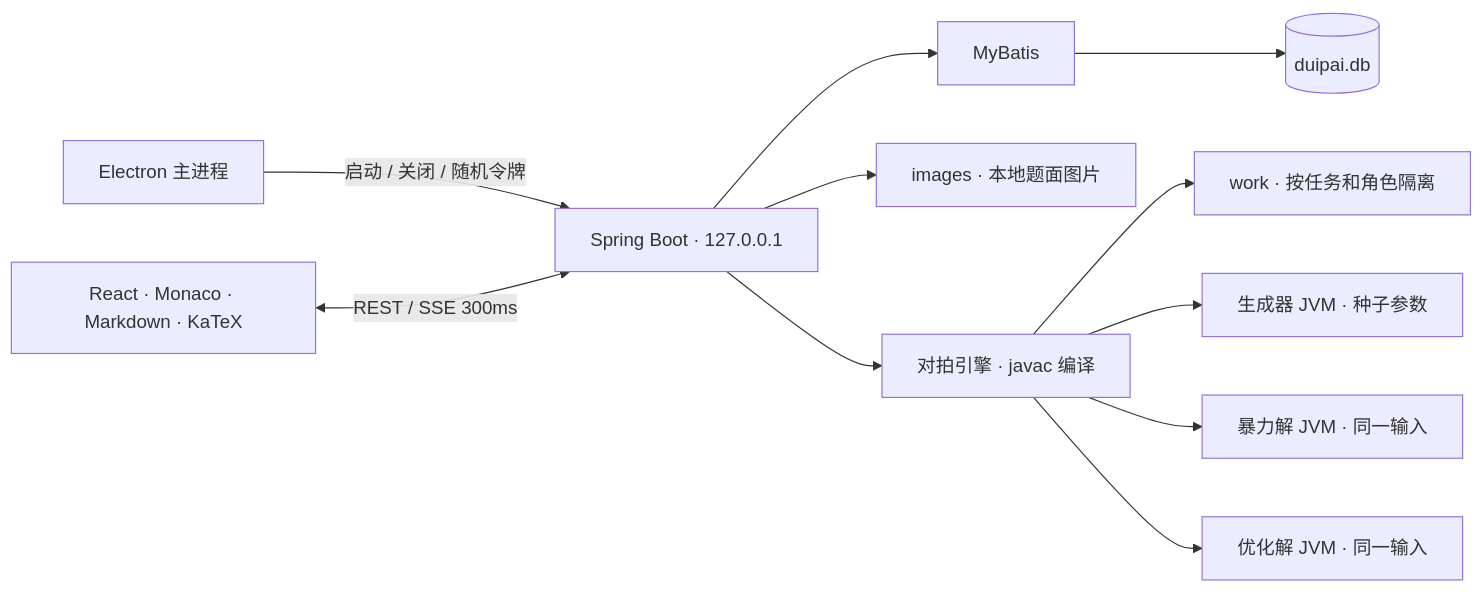
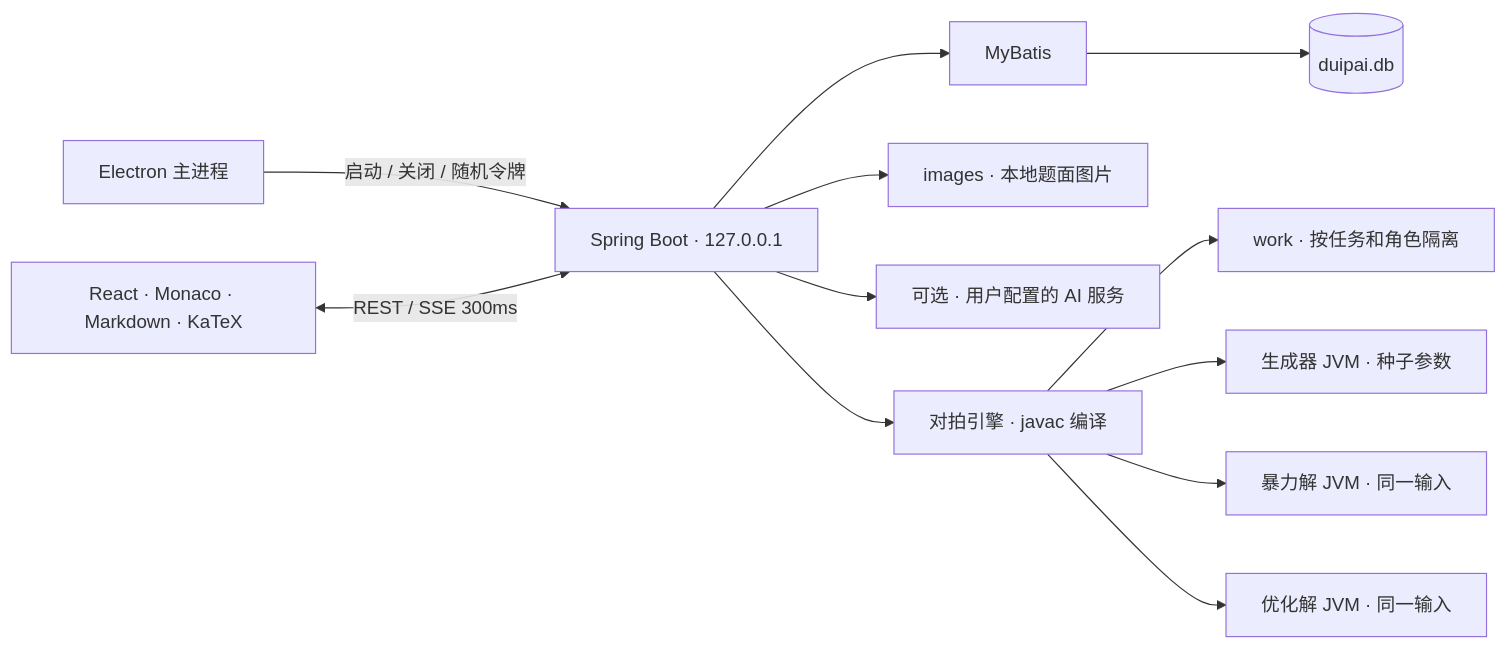
The diagram in docs/DESIGN.md (moor-runner/Differential_Testing), drawn with Mermaid before and after one commit. The commit also changed other lines of this file and 81 other files, not shown here.

````diff
--- a/docs/DESIGN.md
+++ b/docs/DESIGN.md
@@ -9,13 +9,14 @@
 ```mermaid
 flowchart LR
   E[Electron 主进程] -->|启动 / 关闭 / 随机令牌| B[Spring Boot · 127.0.0.1]
   UI[React · Monaco · Markdown · KaTeX] <-->|REST / SSE 300ms| B
   B --> M[MyBatis]
   M --> DB[(duipai.db)]
   B --> I[images · 本地题面图片]
+  B --> AI[可选 · 用户配置的 AI 服务]
   B --> R[对拍引擎 · javac 编译]
   R --> W[work · 按任务和角色隔离]
   R --> G[生成器 JVM · 种子参数]
   R --> BF[暴力解 JVM · 同一输入]
   R --> O[优化解 JVM · 同一输入]
 ```
````
